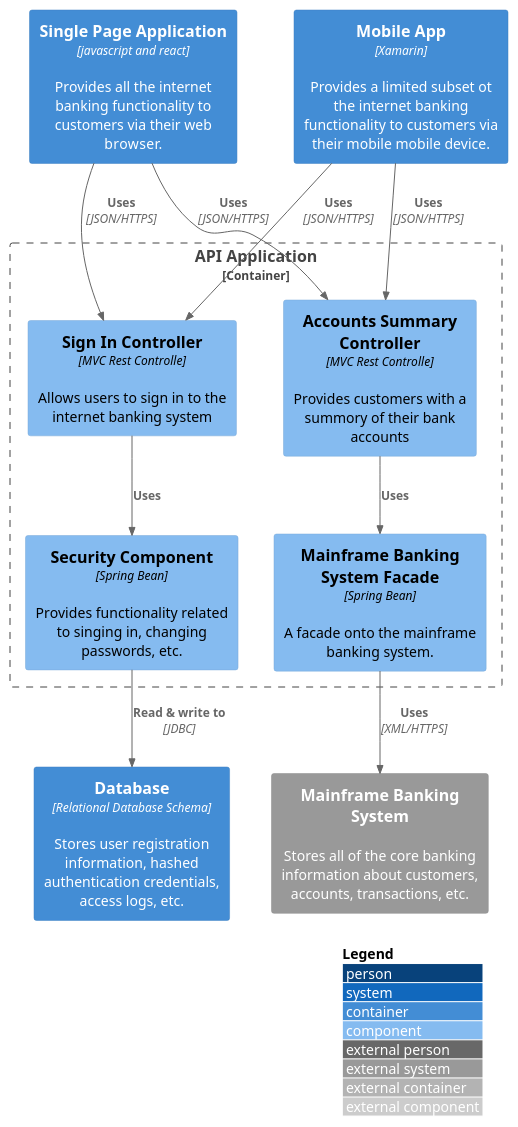
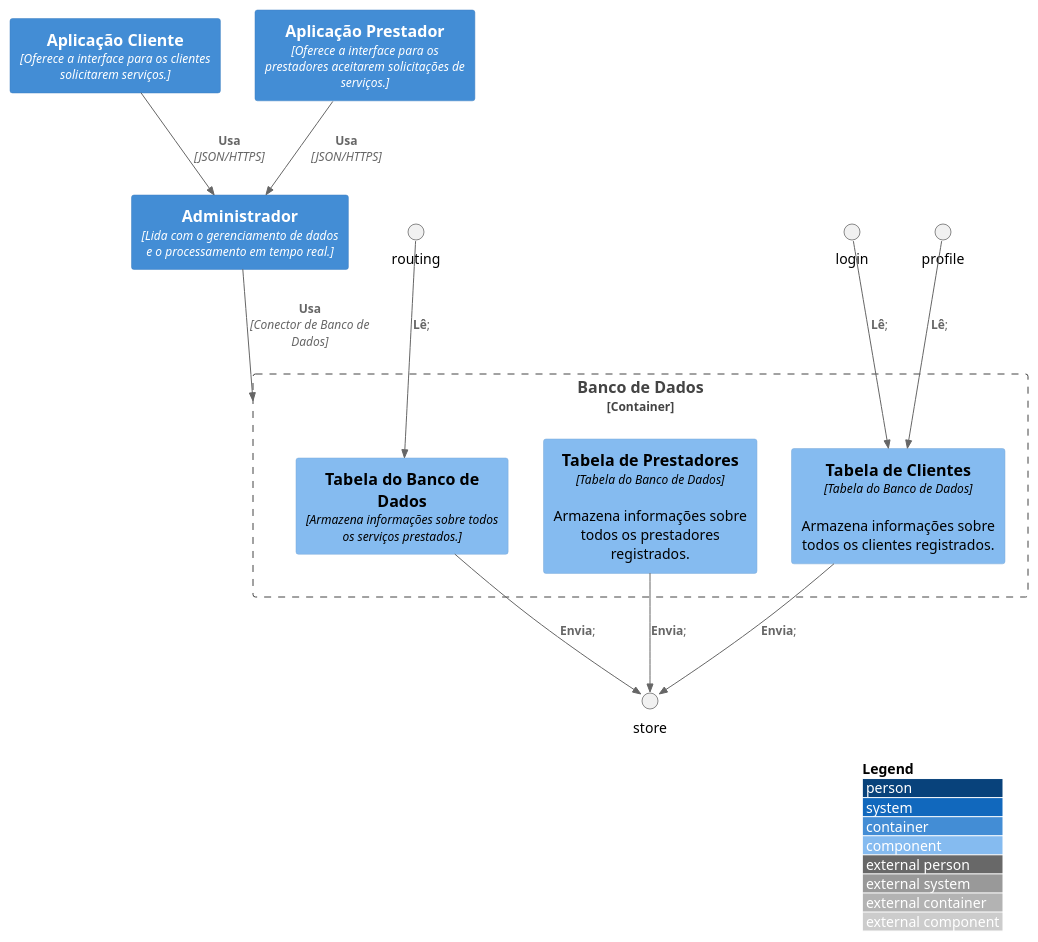
Before and after one commit to Emanuelle-Machado/DisciplinasTSI: the diagram in projeto-c4builder/Projeto-SPS/src/1 Internet Banking System/API Application/container.puml, drawn with PlantUML. The commit also changed 6 other files, not shown here.

```diff
--- a/projeto-c4builder/Projeto-SPS/src/1 Internet Banking System/API Application/container.puml
+++ b/projeto-c4builder/Projeto-SPS/src/1 Internet Banking System/API Application/container.puml
@@ -1,28 +1,31 @@
 @startuml
 !include https://raw.githubusercontent.com/adrianvlupu/C4-PlantUML/latest/C4_Component.puml
 
 LAYOUT_WITH_LEGEND()
 
-Container(spa, "Single Page Application", "javascript and react", "Provides all the internet banking functionality to customers via their web browser.")
-Container(ma, "Mobile App", "Xamarin", "Provides a limited subset ot the internet banking functionality to customers via their mobile mobile device.")
-Container(db, "Database", "Relational Database Schema", "Stores user registration information, hashed authentication credentials, access logs, etc.")
-System_Ext(mbs, "Mainframe Banking System", "Stores all of the core banking information about customers, accounts, transactions, etc.")
+Container(client, "Aplicação Cliente", "Oferece a interface para os clientes solicitarem serviços.")
 
-Container_Boundary(api, "API Application") {
-    Component(sign, "Sign In Controller", "MVC Rest Controlle", "Allows users to sign in to the internet banking system")
-    Component(accounts, "Accounts Summary Controller", "MVC Rest Controlle", "Provides customers with a summory of their bank accounts")
-    Component(security, "Security Component", "Spring Bean", "Provides functionality related to singing in, changing passwords, etc.")
-    Component(mbsfacade, "Mainframe Banking System Facade", "Spring Bean", "A facade onto the mainframe banking system.")
+Container(driver, "Aplicação Prestador", "Oferece a interface para os prestadores aceitarem solicitações de serviços.")
 
-    Rel(sign, security, "Uses")
-    Rel(accounts, mbsfacade, "Uses")
-    Rel(security, db, "Read & write to", "JDBC")
-    Rel(mbsfacade, mbs, "Uses", "XML/HTTPS")
+Container(api, "Administrador", "Lida com o gerenciamento de dados e o processamento em tempo real.")
+
+Container_Boundary(database, "Banco de Dados") {
+    Component(trips, "Tabela do Banco de Dados", "Armazena informações sobre todos os serviços prestados.")
+    Component(drivers, "Tabela de Prestadores", "Tabela do Banco de Dados", "Armazena informações sobre todos os prestadores registrados.")
+    Component(clients, "Tabela de Clientes", "Tabela do Banco de Dados", "Armazena informações sobre todos os clientes registrados.")
 }
 
-Rel(spa, sign, "Uses", "JSON/HTTPS")
-Rel(spa, accounts, "Uses", "JSON/HTTPS")
+Rel(client, api, "Usa", "JSON/HTTPS")
+Rel(driver, api, "Usa", "JSON/HTTPS")
 
-Rel(ma, sign, "Uses", "JSON/HTTPS")
-Rel(ma, accounts, "Uses", "JSON/HTTPS")
+Rel(api, database, "Usa", "Conector de Banco de Dados")
+
+Rel(trips, store, "Envia");
+Rel(drivers, store, "Envia");
+Rel(clients, store, "Envia");
+
+Rel(routing, trips, "Lê");
+Rel(login, clients, "Lê");
+Rel(profile, clients, "Lê");
+
 @enduml
```
